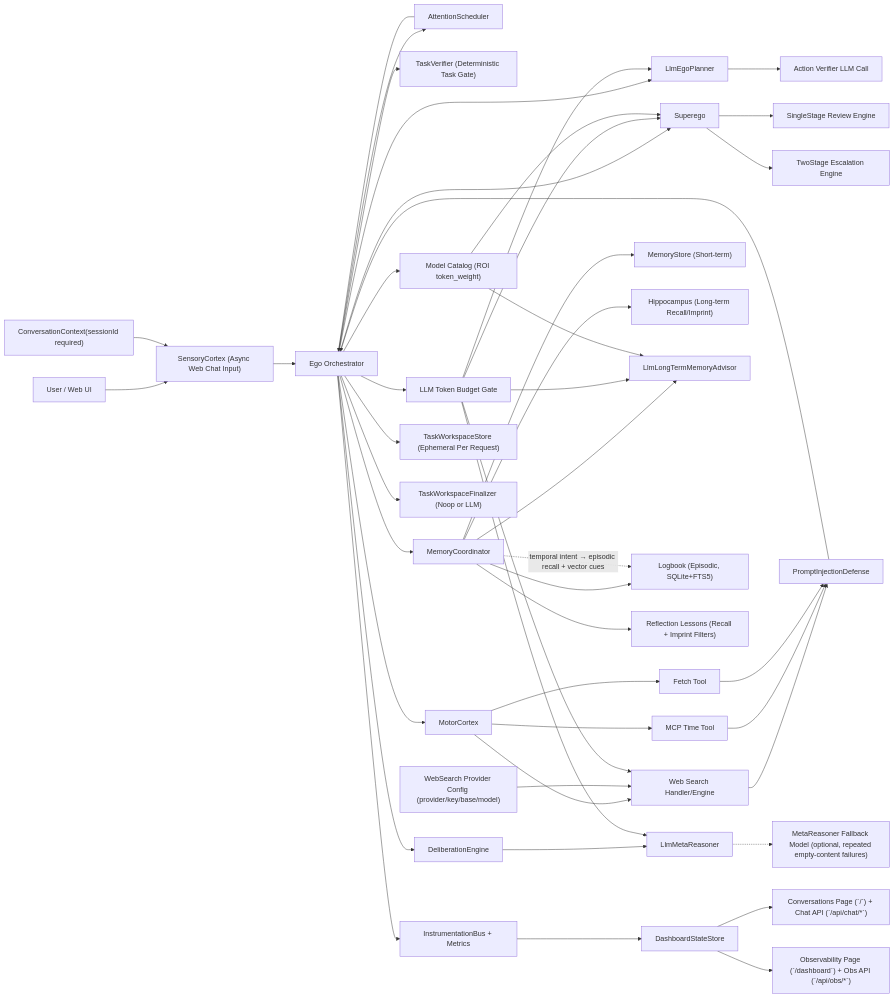
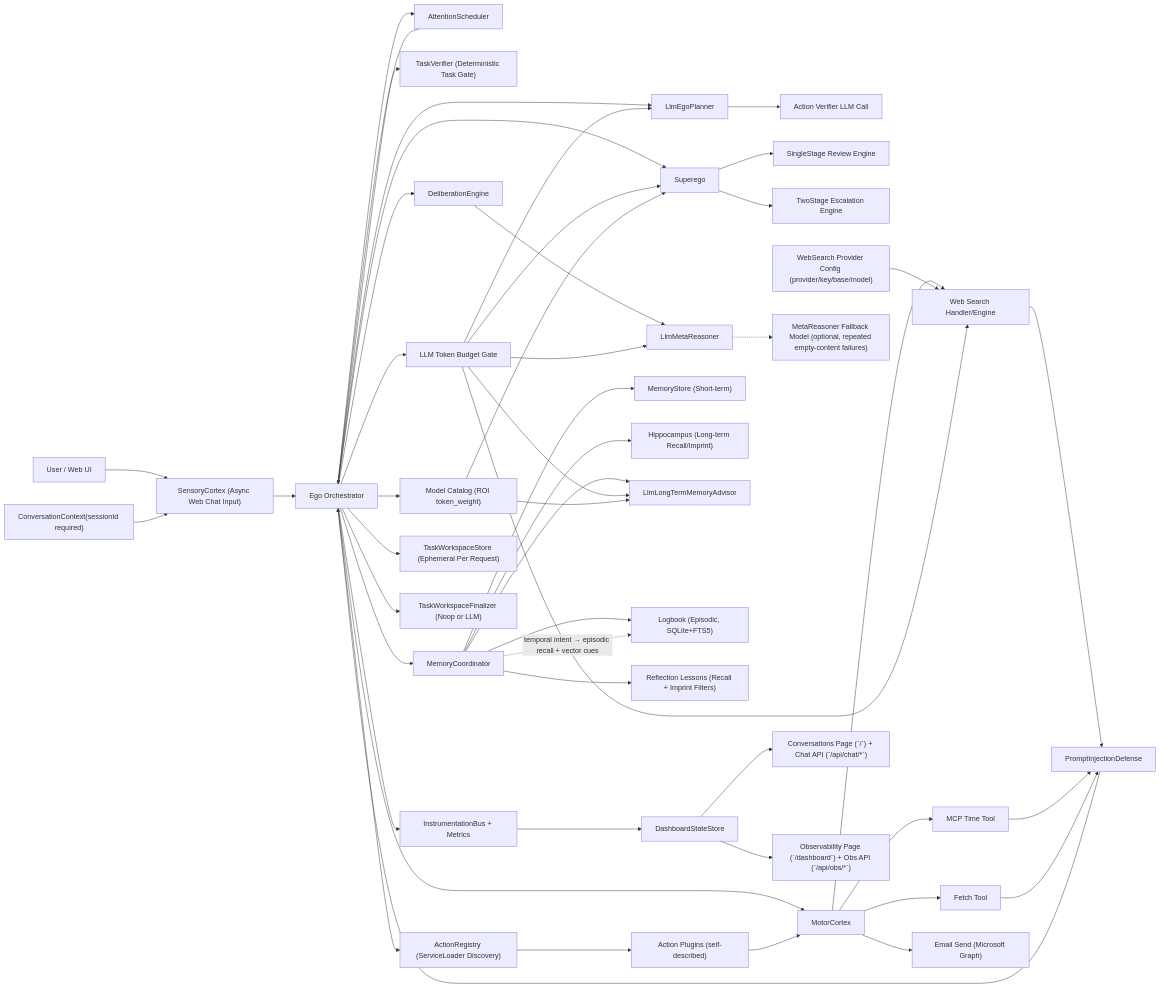
Before and after one commit to neopsyke/NeoPsyke: the first of 6 diagrams in AGENT_LOGIC_DIAGRAM.md, drawn with Mermaid. The commit also changed other lines of this file and 28 other files, not shown here.

Commit message:
Refactor actions to plugin registry and add Graph email action

````diff
--- a/AGENT_LOGIC_DIAGRAM.md
+++ b/AGENT_LOGIC_DIAGRAM.md
@@ -8,55 +8,60 @@
 ```mermaid
 flowchart LR
     U["User / Web UI"] --> SC["SensoryCortex (Async Web Chat Input)"]
     SC --> E["Ego Orchestrator"]
     NoteCtx["ConversationContext(sessionId required)"] --> SC
 
     E --> AS["AttentionScheduler"]
     AS --> E
 
     E --> P["LlmEgoPlanner"]
     P --> AV["Action Verifier LLM Call"]
     E --> TV["TaskVerifier (Deterministic Task Gate)"]
     E --> S["Superego"]
     S --> S1["SingleStage Review Engine"]
     S --> S2["TwoStage Escalation Engine"]
+    E --> AR["ActionRegistry (ServiceLoader Discovery)"]
     E --> M["MotorCortex"]
     E --> BG["LLM Token Budget Gate"]
     E --> MCat["Model Catalog (ROI token_weight)"]
 
     E --> DE["DeliberationEngine"]
     DE --> MR["LlmMetaReasoner"]
     MR -.-> MRF["MetaReasoner Fallback Model (optional, repeated empty-content failures)"]
 
     E --> MC["MemoryCoordinator"]
     MC --> MS["MemoryStore (Short-term)"]
     MC --> H["Hippocampus (Long-term Recall/Imprint)"]
     MC --> LTM["LlmLongTermMemoryAdvisor"]
     MC --> LB["Logbook (Episodic, SQLite+FTS5)"]
     MC --> RL["Reflection Lessons (Recall + Imprint Filters)"]
     MC -.->|"temporal intent → episodic recall + vector cues"| LB
     E --> TWS["TaskWorkspaceStore (Ephemeral Per Request)"]
     E --> TWF["TaskWorkspaceFinalizer (Noop or LLM)"]
 
+    AR --> AP["Action Plugins (self-described)"]
+    AP --> M
+
     M --> WS["Web Search Handler/Engine"]
     CfgWS["WebSearch Provider Config (provider/key/base/model)"] --> WS
     M --> MT["MCP Time Tool"]
     M --> MF["Fetch Tool"]
+    M --> EM["Email Send (Microsoft Graph)"]
     WS --> PID["PromptInjectionDefense"]
     MT --> PID
     MF --> PID
     PID --> E
 
     BG --> P
     BG --> S
     BG --> MR
     BG --> LTM
     BG --> WS
     MCat --> S
     MCat --> LTM
 
     E --> I["InstrumentationBus + Metrics"]
     I --> DS["DashboardStateStore"]
     DS --> CP["Conversations Page (`/`) + Chat API (`/api/chat/*`)"]
     DS --> OP["Observability Page (`/dashboard`) + Obs API (`/api/obs/*`)"]
 ```
````
